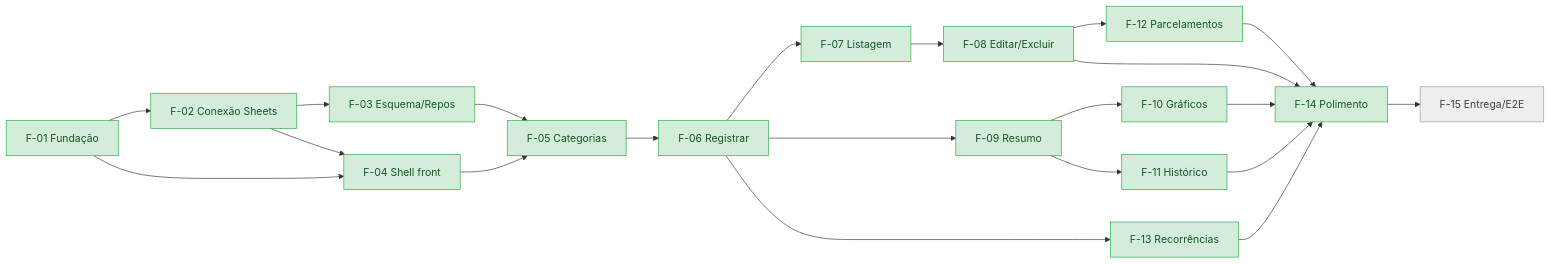
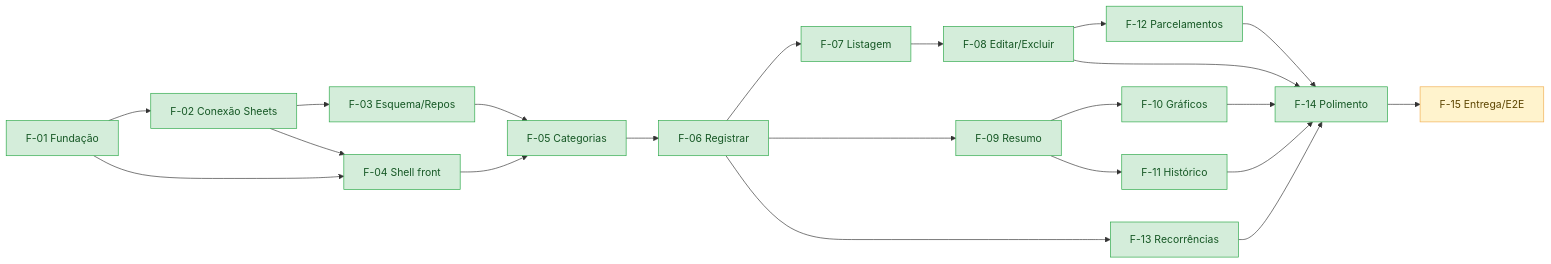
The diagram in SPECS/05-acompanhamento.md (Pedrohcs/PlanilhaFinanceira), drawn with Mermaid before and after one commit. The commit also changed other lines of this file and 6 other files, not shown here.

````diff
--- a/SPECS/05-acompanhamento.md
+++ b/SPECS/05-acompanhamento.md
@@ -64,23 +64,23 @@
 ```mermaid
 flowchart LR
     F01[F-01 Fundação] --> F02[F-02 Conexão Sheets] --> F03[F-03 Esquema/Repos]
     F01 --> F04[F-04 Shell front]
     F02 --> F04
     F03 --> F05[F-05 Categorias]
     F04 --> F05
     F05 --> F06[F-06 Registrar]
     F06 --> F07[F-07 Listagem] --> F08[F-08 Editar/Excluir]
     F06 --> F09[F-09 Resumo]
     F09 --> F10[F-10 Gráficos]
     F09 --> F11[F-11 Histórico]
     F08 --> F12[F-12 Parcelamentos]
     F06 --> F13[F-13 Recorrências]
     F08 & F10 & F11 & F12 & F13 --> F14[F-14 Polimento]
     F14 --> F15[F-15 Entrega/E2E]
 
     classDef naoIniciada fill:#eeeeee,stroke:#9e9e9e,color:#424242;
     classDef iniciada fill:#fff3cd,stroke:#f0ad4e,color:#5c4400;
     classDef concluida fill:#d4edda,stroke:#28a745,color:#155724;
-    class F15 naoIniciada;
+    class F15 iniciada;
     class F01,F02,F03,F04,F05,F06,F07,F08,F09,F10,F11,F12,F13,F14 concluida;
 ```
````
